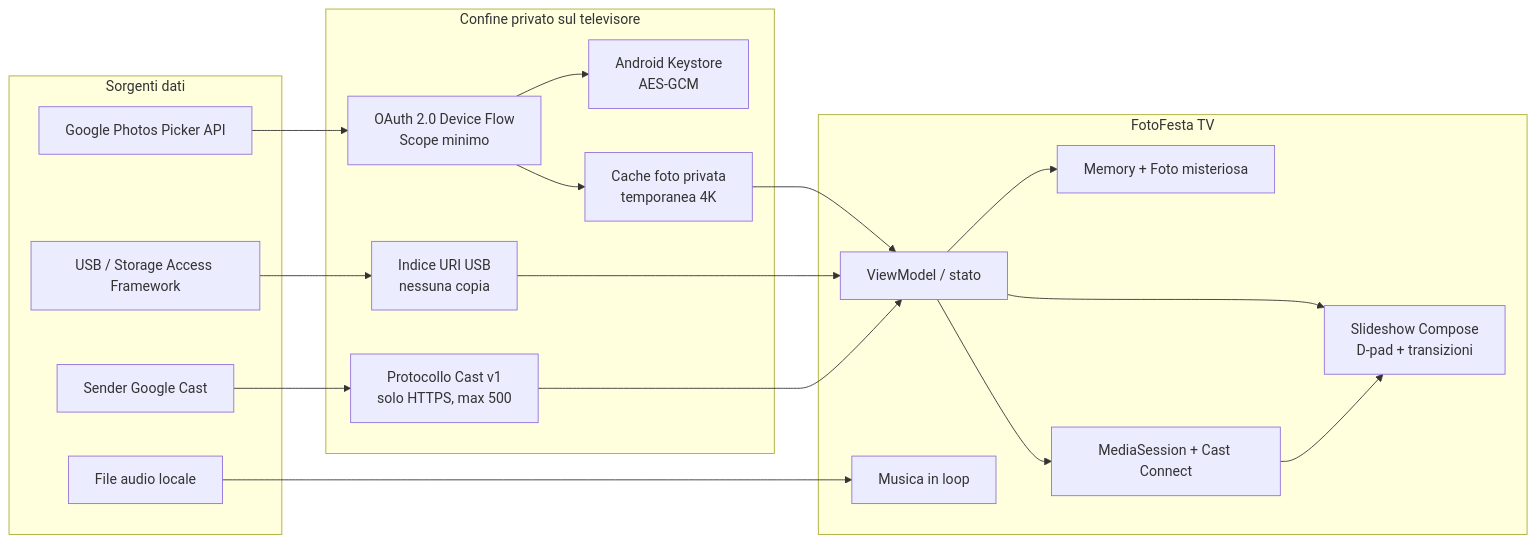
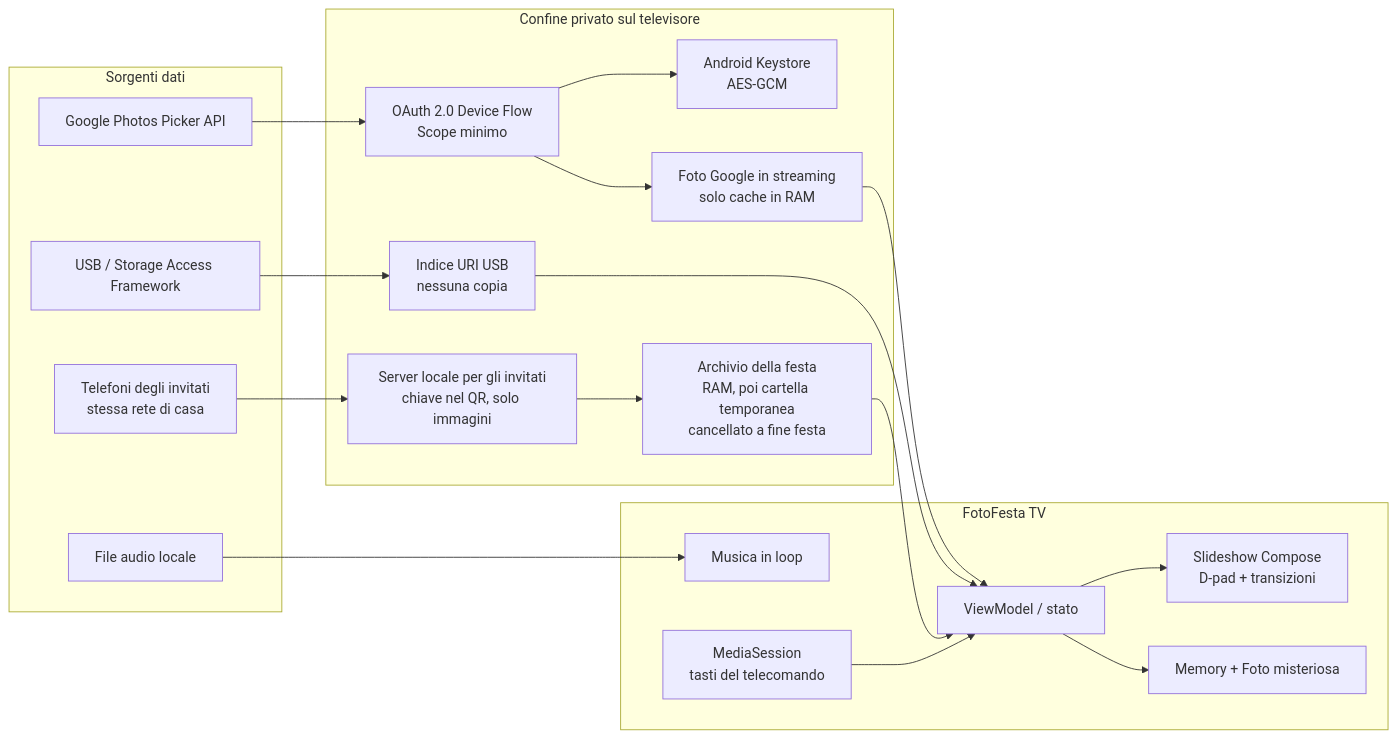
The diagram in docs/architecture.mmd (fz1101hub/fotofesta-tv), drawn with Mermaid before and after one commit. The commit also changed 21 other files, not shown here.

First line of the commit message:
Documenti, sito e schede store per le foto degli invitati

```diff
--- a/docs/architecture.mmd
+++ b/docs/architecture.mmd
@@ -1,33 +1,33 @@
 flowchart LR
     subgraph Sources["Sorgenti dati"]
         GP["Google Photos Picker API"]
         USB["USB / Storage Access Framework"]
-        CAST["Sender Google Cast"]
+        PHONES["Telefoni degli invitati<br/>stessa rete di casa"]
         MUSIC["File audio locale"]
     end
 
     subgraph Security["Confine privato sul televisore"]
-        AUTH["OAuth 2.0 Device Flow\nScope minimo"]
-        KEY["Android Keystore\nAES-GCM"]
-        CACHE["Cache foto privata\ntemporanea 4K"]
-        INDEX["Indice URI USB\nnessuna copia"]
-        PROTOCOL["Protocollo Cast v1\nsolo HTTPS, max 500"]
+        AUTH["OAuth 2.0 Device Flow<br/>Scope minimo"]
+        KEY["Android Keystore<br/>AES-GCM"]
+        STREAM["Foto Google in streaming<br/>solo cache in RAM"]
+        INDEX["Indice URI USB<br/>nessuna copia"]
+        SERVER["Server locale per gli invitati<br/>chiave nel QR, solo immagini"]
+        STORE["Archivio della festa<br/>RAM, poi cartella temporanea<br/>cancellato a fine festa"]
     end
 
     subgraph App["FotoFesta TV"]
         VM["ViewModel / stato"]
-        SHOW["Slideshow Compose\nD-pad + transizioni"]
+        SHOW["Slideshow Compose<br/>D-pad + transizioni"]
         AUDIO["Musica in loop"]
         GAMES["Memory + Foto misteriosa"]
-        MEDIA["MediaSession + Cast Connect"]
+        MEDIA["MediaSession<br/>tasti del telecomando"]
     end
 
     GP --> AUTH --> KEY
-    AUTH --> CACHE --> VM
+    AUTH --> STREAM --> VM
     USB --> INDEX --> VM
-    CAST --> PROTOCOL --> VM
+    PHONES --> SERVER --> STORE --> VM
     MUSIC --> AUDIO
     VM --> SHOW
     VM --> GAMES
-    VM --> MEDIA
-    MEDIA --> SHOW
+    MEDIA --> VM
```
